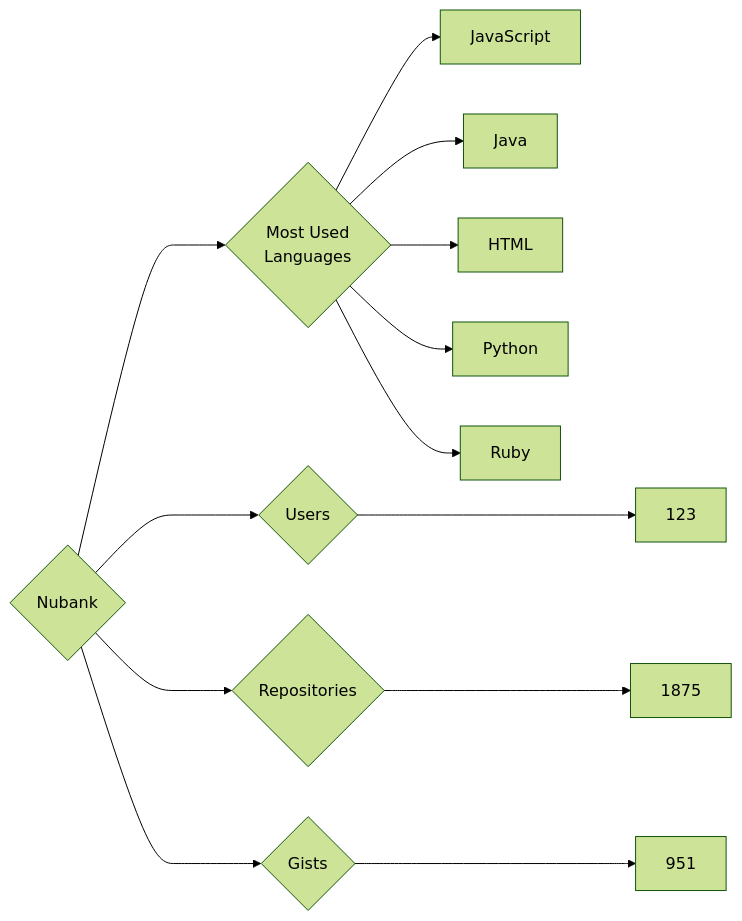
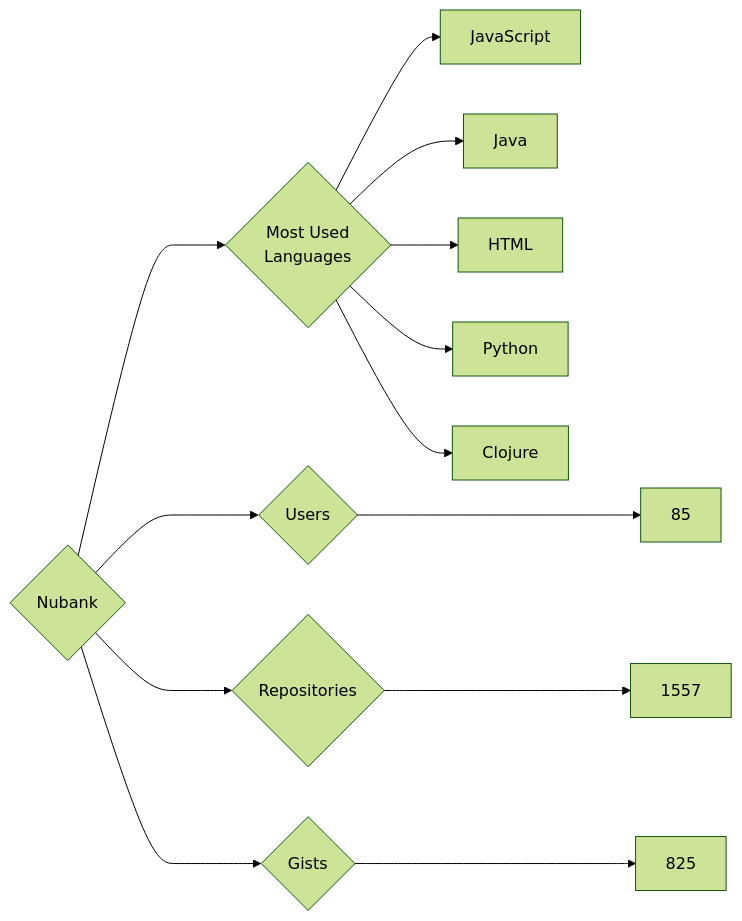
One commit to trickest/insiders changed the diagram in targets/Nubank/README.md. Above: the diagram before and after it, drawn with Mermaid (forest theme). The commit also changed 939 other files, not shown here.

````diff
--- a/targets/Nubank/README.md
+++ b/targets/Nubank/README.md
@@ -3,13 +3,13 @@
 ```mermaid
 graph LR
 COMPANY_NAME{Nubank}
-COMPANY_NAME ---> U{Users} ---> UN[123]
-COMPANY_NAME ---> R{Repositories} ---> RN[1875]
-COMPANY_NAME ---> G{Gists} ---> GN[951]
+COMPANY_NAME ---> U{Users} ---> UN[85]
+COMPANY_NAME ---> R{Repositories} ---> RN[1557]
+COMPANY_NAME ---> G{Gists} ---> GN[825]
 COMPANY_NAME ---> ML{Most Used<br>Languages}
 ML --> JavaScript[JavaScript]
 ML --> Java[Java]
 ML --> HTML[HTML]
 ML --> Python[Python]
-ML --> Ruby[Ruby]
+ML --> Clojure[Clojure]
 ```
````
